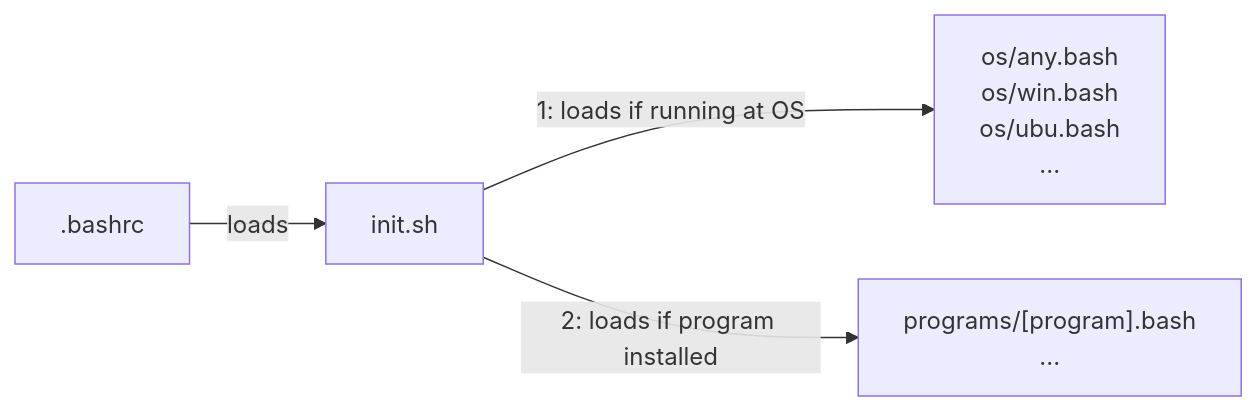
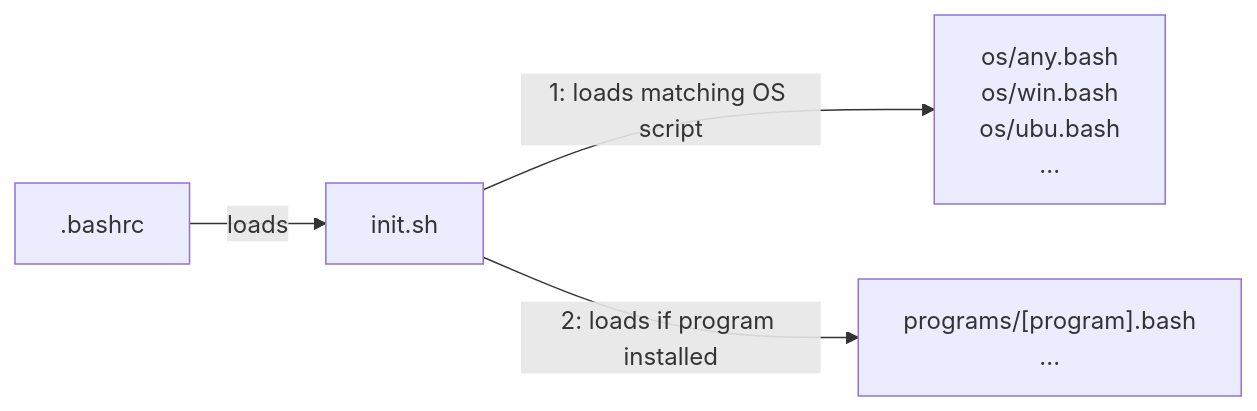
The first of 2 diagrams in README.md (alanlivio/cli-helpers), drawn with Mermaid before and after one commit. The commit also changed other lines of this file, not shown here.

````diff
--- a/README.md
+++ b/README.md
@@ -7,21 +7,21 @@
 ```mermaid
 flowchart LR
     bashrc[".bashrc"]
     %% ps-init["init.ps1"]
     sh-init["init.sh"]
     program-dependent["
         programs/[program].bash
         ...
     "]
     OS-dependent["
         os/any.bash
         os/win.bash
         os/ubu.bash
         ...
     "]
     
     bashrc --> |"loads"| sh-init
-    sh-init --> |"1: loads if running at OS"| OS-dependent
+    sh-init --> |"1: loads matching OS script"| OS-dependent
     sh-init --> |"2: loads if program installed"| program-dependent
     %% sh-init --> |"3: create bash alias functions at"| ps-init
 ```
````
